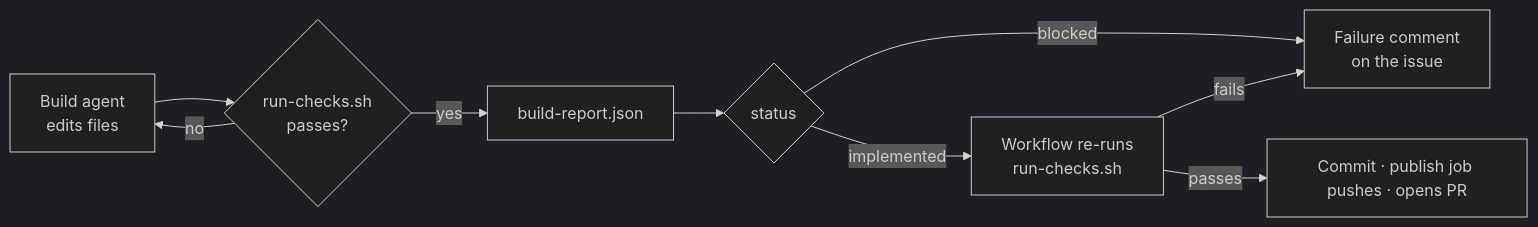
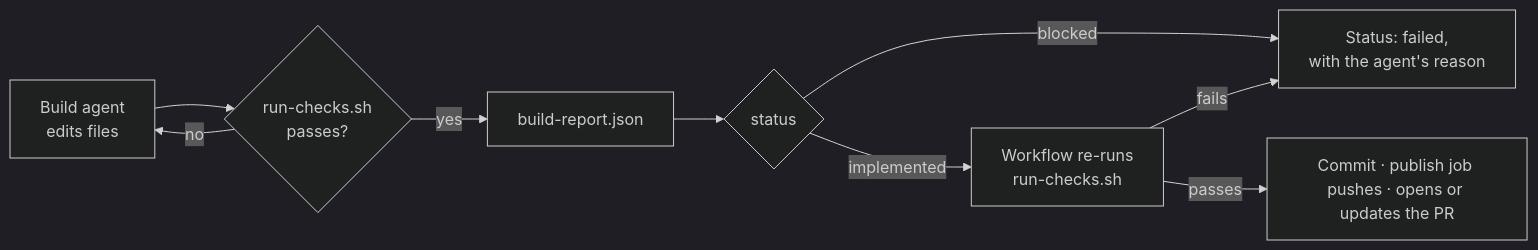
Before and after one commit to jmcfadden27/claude-code-dev-pipeline: the second of 3 diagrams in docs/architecture.md, drawn with Mermaid (dark theme). The commit also changed other lines of this file and 39 other files, not shown here.

Commit message:
feat(pipeline): run every command from one workflow with a status comment and reactions

````diff
--- a/docs/architecture.md
+++ b/docs/architecture.md
@@ -124,11 +102,11 @@
 ```mermaid
 flowchart LR
     A[Build agent<br/>edits files] --> B{run-checks.sh<br/>passes?}
     B -- no --> A
     B -- yes --> C[build-report.json]
     C --> D{status}
-    D -- blocked --> E[Failure comment<br/>on the issue]
+    D -- blocked --> E[Status: failed,<br/>with the agent's reason]
     D -- implemented --> F[Workflow re-runs<br/>run-checks.sh]
     F -- fails --> E
-    F -- passes --> G[Commit · publish job pushes · opens PR]
+    F -- passes --> G[Commit · publish job pushes · opens or updates the PR]
 ```
````
